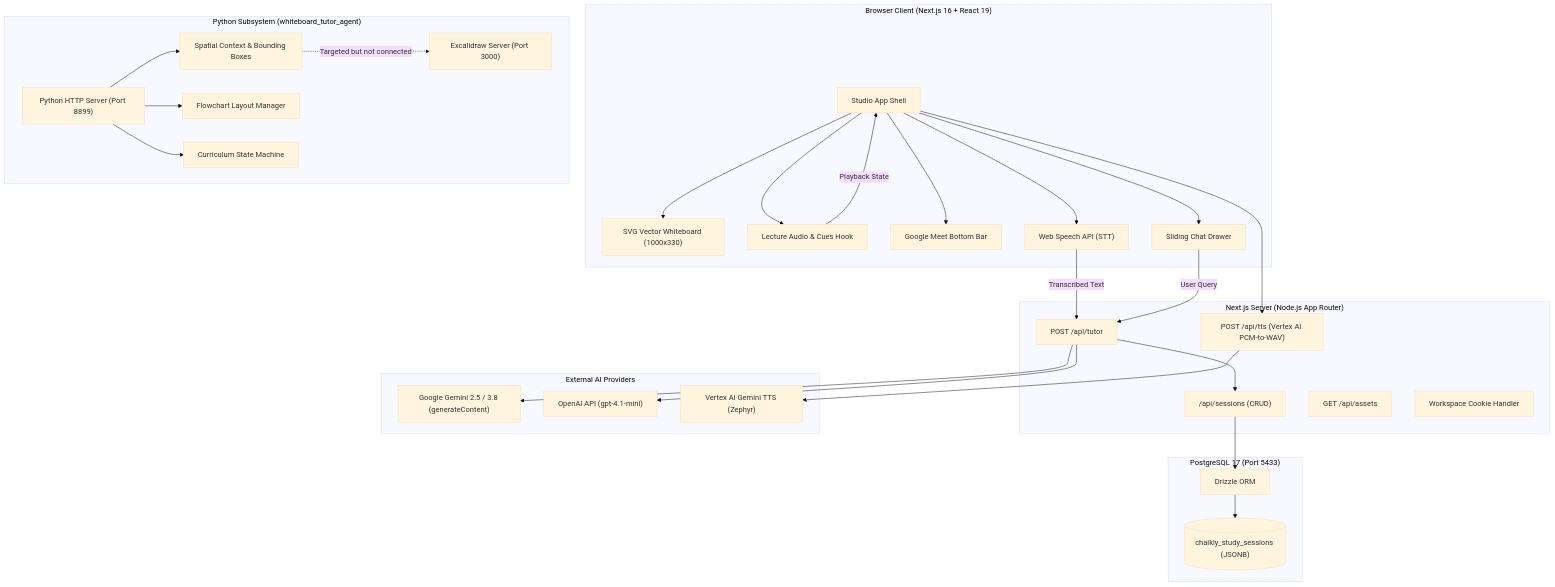
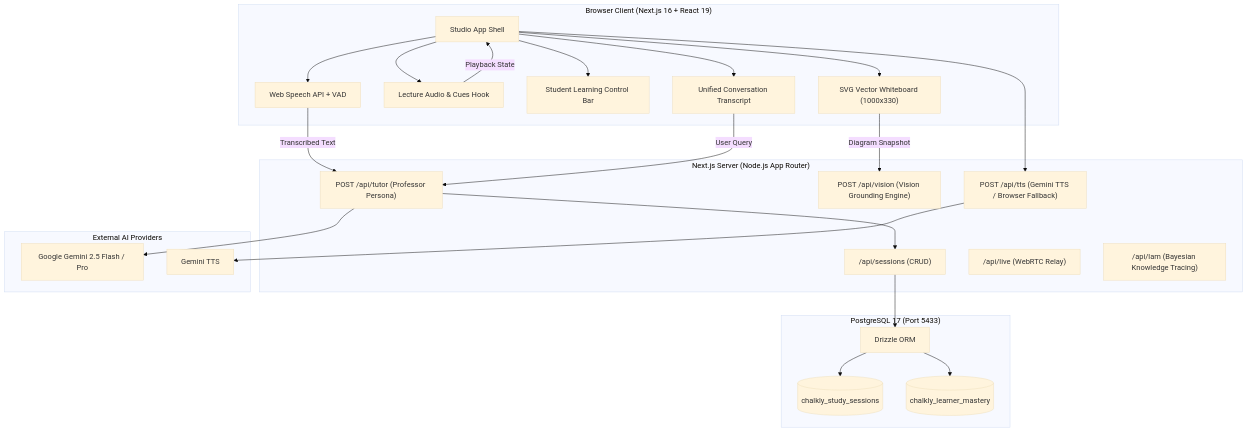
One commit to pranjal2410719/whiteboard-ai-agent changed the diagram in ARCHITECTURE_AUDIT.md. Above: the diagram before and after it, drawn with Mermaid (base theme). The commit also changed other lines of this file and 10 other files, not shown here.

Commit message:
docs: synchronize all architecture docs, roadmaps, and references with current unified codebase

````diff
--- a/ARCHITECTURE_AUDIT.md
+++ b/ARCHITECTURE_AUDIT.md
@@ -12,60 +11,49 @@
 ```mermaid
 flowchart TD
     subgraph ClientBrowser ["Browser Client (Next.js 16 + React 19)"]
         UI["Studio App Shell"]
         Whiteboard["SVG Vector Whiteboard (1000x330)"]
         AudioPlayer["Lecture Audio & Cues Hook"]
-        MeetBar["Google Meet Bottom Bar"]
-        SpeechIn["Web Speech API (STT)"]
-        ChatDrawer["Sliding Chat Drawer"]
+        LearningBar["Student Learning Control Bar"]
+        SpeechIn["Web Speech API + VAD"]
+        TranscriptPanel["Unified Conversation Transcript"]
     end
 
     subgraph NextServer ["Next.js Server (Node.js App Router)"]
-        TutorRoute["POST /api/tutor"]
-        TTSRoute["POST /api/tts (Vertex AI PCM-to-WAV)"]
+        TutorRoute["POST /api/tutor (Professor Persona)"]
+        VisionRoute["POST /api/vision (Vision Grounding Engine)"]
+        TTSRoute["POST /api/tts (Gemini TTS / Browser Fallback)"]
         SessionRoute["/api/sessions (CRUD)"]
-        AssetRoute["GET /api/assets"]
-        CookieAuth["Workspace Cookie Handler"]
+        LiveRoute["/api/live (WebRTC Relay)"]
+        LAMRoute["/api/lam (Bayesian Knowledge Tracing)"]
     end
 
     subgraph DatabaseLayer ["PostgreSQL 17 (Port 5433)"]
         Drizzle["Drizzle ORM"]
-        SessionsTable[("chalkly_study_sessions (JSONB)")]
+        SessionsTable[("chalkly_study_sessions")]
+        MasteryTable[("chalkly_learner_mastery")]
     end
 
     subgraph ExternalAI ["External AI Providers"]
-        GeminiAPI["Google Gemini 2.5 / 3.8 (generateContent)"]
-        OpenAIAPI["OpenAI API (gpt-4.1-mini)"]
-        VertexTTS["Vertex AI Gemini TTS (Zephyr)"]
-    end
-
-    subgraph DisconnectedPython ["Python Subsystem (whiteboard_tutor_agent)"]
-        PyServer["Python HTTP Server (Port 8899)"]
-        SpatialEngine["Spatial Context & Bounding Boxes"]
-        FlowchartEngine["Flowchart Layout Manager"]
-        PyCurriculum["Curriculum State Machine"]
-        ExcalidrawTarget["Excalidraw Server (Port 3000)"]
+        GeminiAPI["Google Gemini 2.5 Flash / Pro"]
+        VertexTTS["Gemini TTS"]
     end
 
     UI --> Whiteboard
     UI --> AudioPlayer
-    UI --> MeetBar
+    UI --> LearningBar
     UI --> SpeechIn
-    UI --> ChatDrawer
+    UI --> TranscriptPanel
 
     SpeechIn -->|Transcribed Text| TutorRoute
-    ChatDrawer -->|User Query| TutorRoute
+    TranscriptPanel -->|User Query| TutorRoute
+    Whiteboard -->|Diagram Snapshot| VisionRoute
     AudioPlayer -->|Playback State| UI
     TutorRoute --> GeminiAPI
-    TutorRoute --> OpenAIAPI
     TutorRoute --> SessionRoute
     UI --> TTSRoute
     TTSRoute --> VertexTTS
     SessionRoute --> Drizzle
     Drizzle --> SessionsTable
-
-    PyServer --> SpatialEngine
-    PyServer --> FlowchartEngine
-    PyServer --> PyCurriculum
-    SpatialEngine -.->|Targeted but not connected| ExcalidrawTarget
+    Drizzle --> MasteryTable
 ```
````
